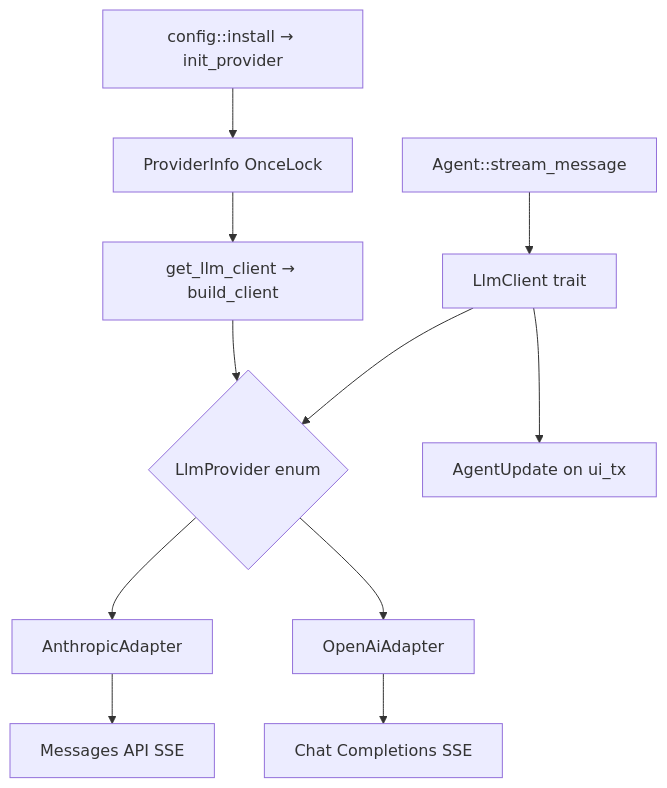
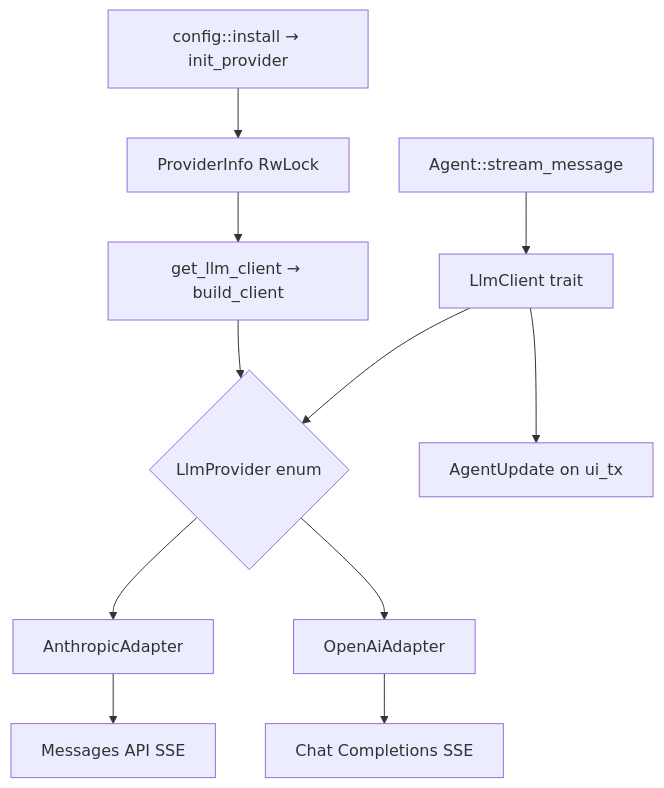
Before and after one commit to rust-infra/tact: the first of 5 diagrams in book/22_chapter_llm.md, drawn with Mermaid. The commit also changed other lines of this file and 26 other files, not shown here.

````diff
--- a/book/22_chapter_llm.md
+++ b/book/22_chapter_llm.md
@@ -13,13 +13,13 @@
 ```mermaid
 flowchart TB
-    Config[config::install → init_provider] --> PI[ProviderInfo OnceLock]
+    Config[config::install → init_provider] --> PI[ProviderInfo RwLock]
     PI --> Build[get_llm_client → build_client]
     Build --> LP{LlmProvider enum}
     LP --> Anthropic[AnthropicAdapter]
     LP --> OpenAi[OpenAiAdapter]
     Anthropic --> API1[Messages API SSE]
     OpenAi --> API2[Chat Completions SSE]
     Agent[Agent::stream_message] --> LlmClient[LlmClient trait]
     LlmClient --> LP
     LlmClient --> TUI[AgentUpdate on ui_tx]
 ```
````
